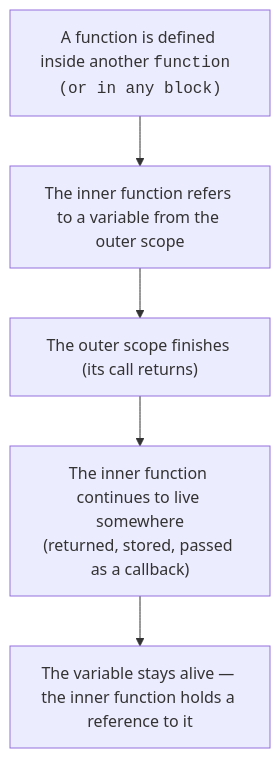
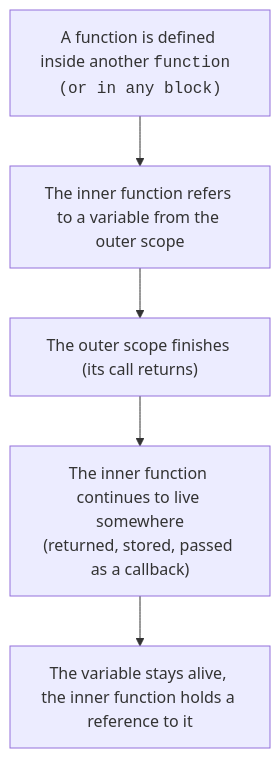
The second of 2 diagrams in content/courses/beginners-javascript/closures.mdx (dataslope/dataslope), drawn with Mermaid before and after one commit. The commit also changed other lines of this file and 1206 other files, not shown here.

````diff
--- a/content/courses/beginners-javascript/closures.mdx
+++ b/content/courses/beginners-javascript/closures.mdx
@@ -377,9 +377,9 @@
 ```mermaid
 flowchart TB
     A["A function is defined inside another <code>function (or in any block)</code>"]
     B["The inner function refers to a variable from the outer scope"]
     C["The outer scope finishes (its call returns)"]
     D["The inner function continues to live somewhere<br/>(returned, stored, passed as a callback)"]
-    E["The variable stays alive — the inner function holds a reference to it"]
+    E["The variable stays alive, the inner function holds a reference to it"]
     A --> B --> C --> D --> E
 ```
````
